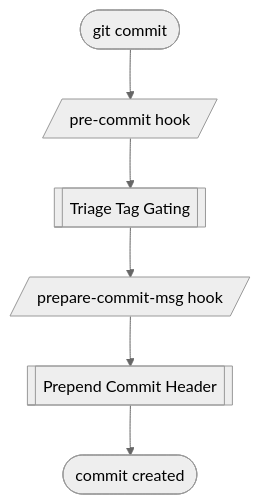
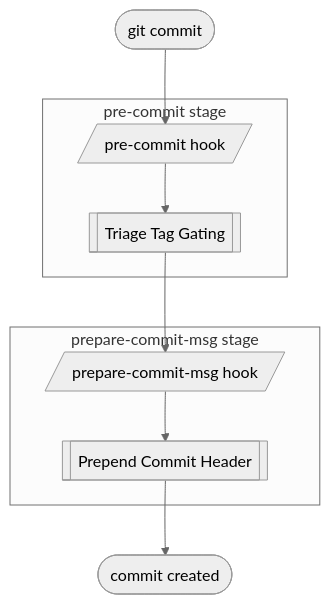
Before and after one commit to kami-lel/hupy: the diagram in README.md, drawn with Mermaid (neutral theme).

Commit message:
update grpah

````diff
--- a/README.md
+++ b/README.md
@@ -94,8 +94,18 @@
 ```mermaid
 flowchart TD
-    commit([git commit]) --> pre[/pre-commit hook/]
-    pre --> ttg[[Triage Tag Gating]]
-    ttg --> prep[/prepare-commit-msg hook/]
-    prep --> pch[[Prepend Commit Header]]
+    commit([git commit])
+
+    %% pre-commit stage
+    subgraph precommit [pre-commit stage]
+        pre[/pre-commit hook/] --> ttg[[Triage Tag Gating]]
+    end
+
+    %% prepare-commit-msg stage
+    subgraph preparemsg [prepare-commit-msg stage]
+        prep[/prepare-commit-msg hook/] --> pch[[Prepend Commit Header]]
+    end
+
+    commit --> pre
+    ttg --> prep
     pch --> done([commit created])
 ```
````
